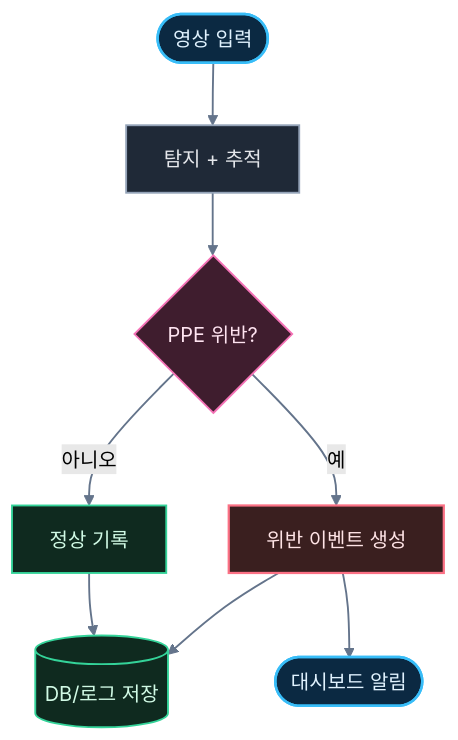
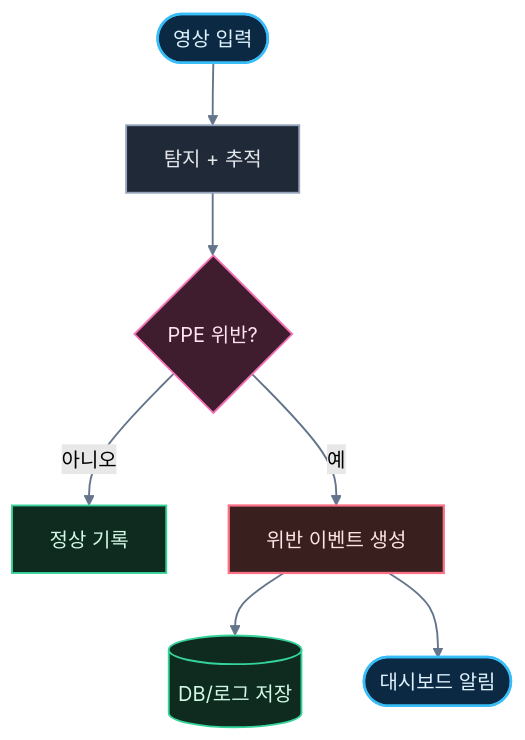
Before and after one commit to zeroziba9-hash/PPE-Monitoring-Dashboard: the diagram in MERMAID_FLOW.mmd, drawn with Mermaid (forest theme). The commit also changed 1 other file, not shown here.

Commit message:
docs: route only violation events to db/log in simplified flow

```diff
--- a/MERMAID_FLOW.mmd
+++ b/MERMAID_FLOW.mmd
@@ -1,18 +1,17 @@
 flowchart TB
   classDef io fill:#0b2942,stroke:#38bdf8,color:#e0f2fe,stroke-width:2px;
   classDef process fill:#1f2937,stroke:#94a3b8,color:#e5e7eb,stroke-width:1.5px;
   classDef decision fill:#3f1d2e,stroke:#f472b6,color:#ffe4f1,stroke-width:1.5px;
   classDef alert fill:#3a1f1f,stroke:#fb7185,color:#ffe4e6,stroke-width:1.8px;
   classDef save fill:#0f2a1f,stroke:#34d399,color:#d1fae5,stroke-width:1.5px;
 
   A([영상 입력]):::io --> B[탐지 + 추적]:::process
   B --> C{PPE 위반?}:::decision
 
   C -->|아니오| D[정상 기록]:::save
   C -->|예| E[위반 이벤트 생성]:::alert
 
   E --> F[(DB/로그 저장)]:::save
   E --> G([대시보드 알림]):::io
-  D --> F
 
   linkStyle default stroke:#64748b,stroke-width:1.5px;
```
